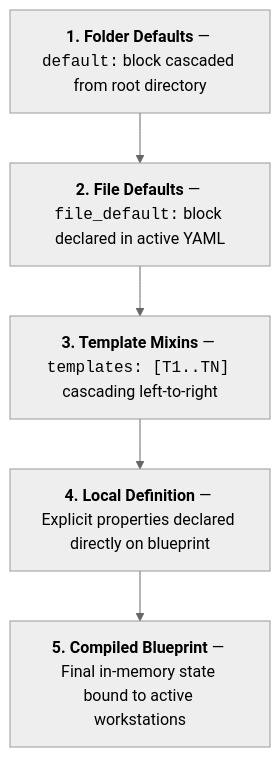
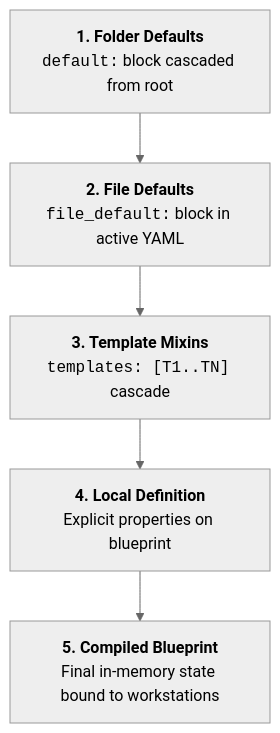
The diagram in docs/authoring/reusable-templates.md (XZtotal/CraftingBlueprints-Wiki), drawn with Mermaid (neutral theme) before and after one commit. The commit also changed 24 other files, not shown here.

````diff
--- a/docs/authoring/reusable-templates.md
+++ b/docs/authoring/reusable-templates.md
@@ -160,8 +160,13 @@
 ```mermaid
 flowchart TD
-    F["<b>1. Folder Defaults</b> — <code>default:</code> block cascaded from root directory"]
-    --> File["<b>2. File Defaults</b> — <code>file_default:</code> block declared in active YAML"]
-    --> T["<b>3. Template Mixins</b> — <code>templates: [T1..TN]</code> cascading left-to-right"]
-    --> L["<b>4. Local Definition</b> — Explicit properties declared directly on blueprint"]
-    --> Mem["<b>5. Compiled Blueprint</b> — Final in-memory state bound to active workstations"]
+    F["<b>1. Folder Defaults</b><br/><code>default:</code> block cascaded from root"]
+    File["<b>2. File Defaults</b><br/><code>file_default:</code> block in active YAML"]
+    T["<b>3. Template Mixins</b><br/><code>templates: [T1..TN]</code> cascade"]
+    L["<b>4. Local Definition</b><br/>Explicit properties on blueprint"]
+    Mem["<b>5. Compiled Blueprint</b><br/>Final in-memory state bound to workstations"]
+
+    F --> File
+    File --> T
+    T --> L
+    L --> Mem
 ```
````
